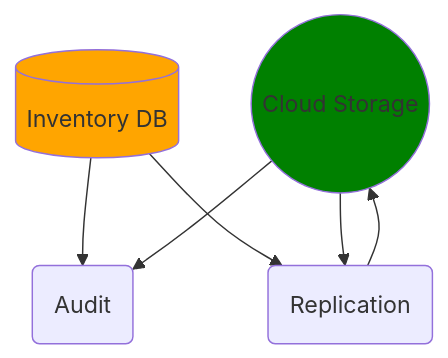
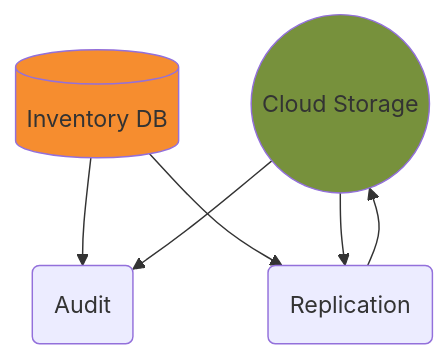
One commit to CDLUC3/mrt-doc changed the diagram in diagrams/overview-replic.mmd. Above: the diagram before and after it, drawn with Mermaid. The commit also changed 5 other files, not shown here.

```diff
--- a/diagrams/overview-replic.mmd
+++ b/diagrams/overview-replic.mmd
@@ -1,13 +1,13 @@
 graph TD
     CLOUD(("Cloud Storage"))
     RDS[(Inventory DB)]
     AUD(Audit)
     REP(Replication)
     RDS --> AUD
     RDS --> REP
     CLOUD --> AUD
     CLOUD --> REP
     REP --> CLOUD
 
-    style CLOUD fill:green
-    style RDS fill:orange
+    style CLOUD fill:#77913C
+    style RDS fill:#F68D2F
```
